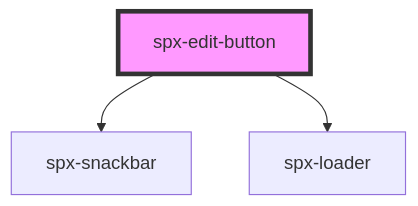
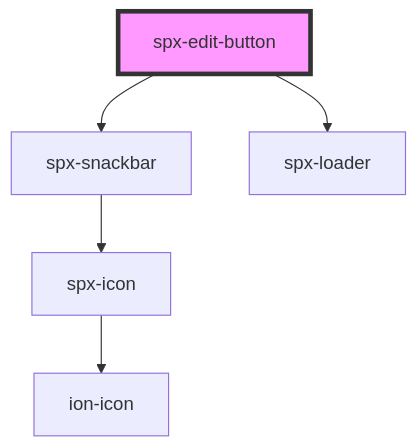
One commit to dnnsjsk/spx changed the diagram in stencil/src/components/spx-edit-button/readme.md. Above: the diagram before and after it, drawn with Mermaid. The commit also changed 38 other files, not shown here.

````diff
--- a/stencil/src/components/spx-edit-button/readme.md
+++ b/stencil/src/components/spx-edit-button/readme.md
@@ -65,6 +65,8 @@
 ```mermaid
 graph TD;
   spx-edit-button --> spx-snackbar
   spx-edit-button --> spx-loader
+  spx-snackbar --> spx-icon
+  spx-icon --> ion-icon
   style spx-edit-button fill:#f9f,stroke:#333,stroke-width:4px
 ```
````
